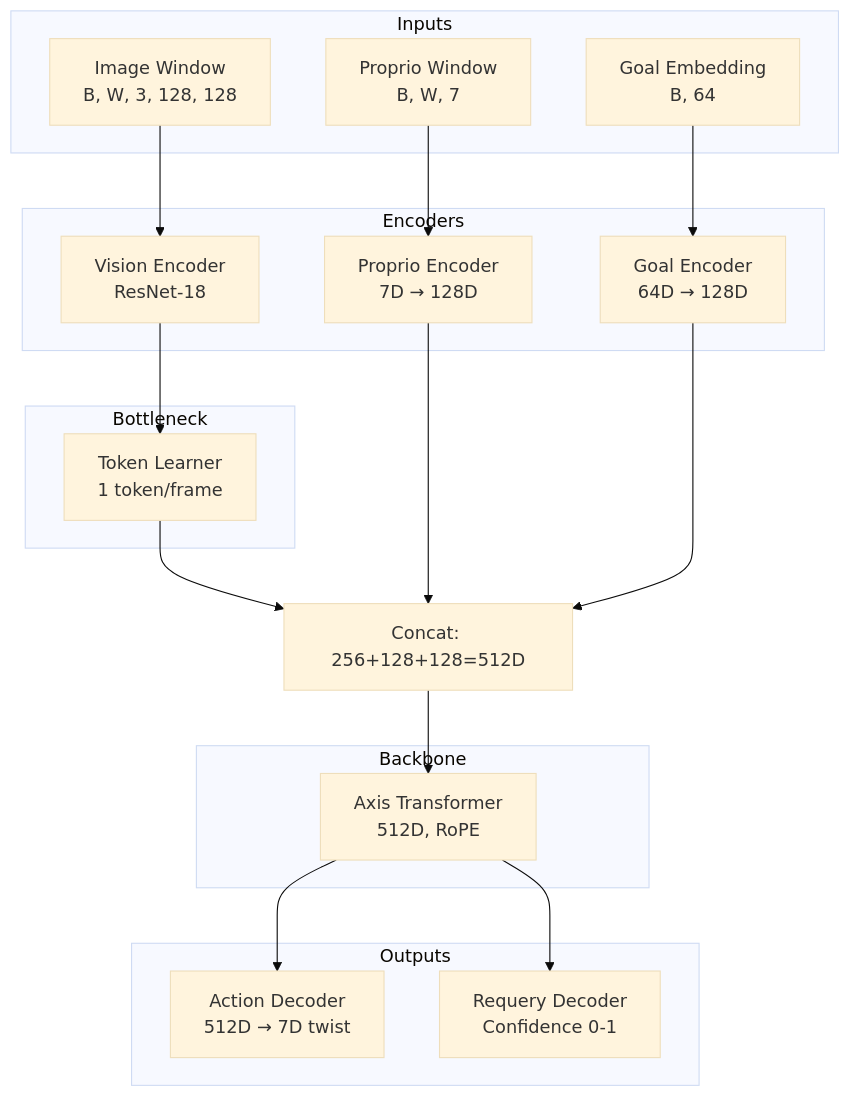
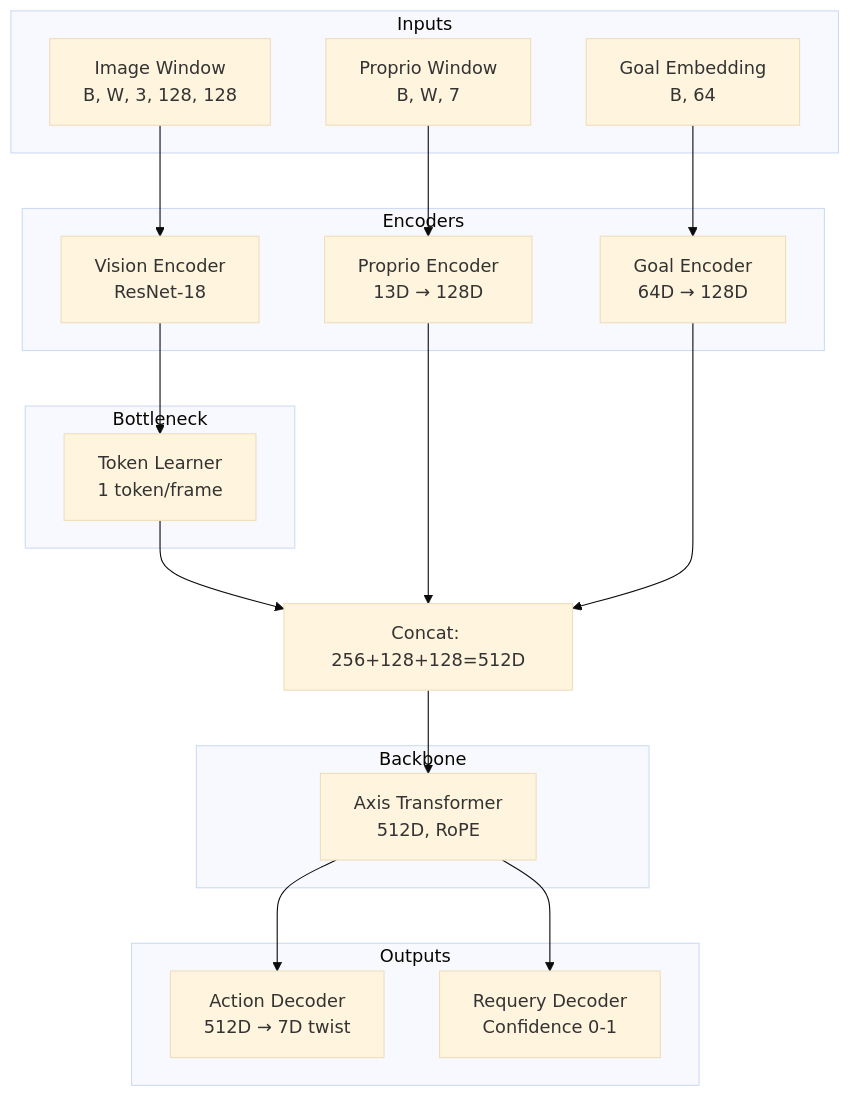
One commit to Thoooomas14/Axis changed the diagram in docs/model_design.md. Above: the diagram before and after it, drawn with Mermaid (base theme). The commit also changed other lines of this file and 12 other files, not shown here.

````diff
--- a/docs/model_design.md
+++ b/docs/model_design.md
@@ -15,39 +16,39 @@
 ```mermaid
 graph TD
     subgraph Inputs
         Img[Image Window<br/>B, W, 3, 128, 128]
         Prop[Proprio Window<br/>B, W, 7]
         Goal[Goal Embedding<br/>B, 64]
     end
 
     subgraph Encoders
         VE[Vision Encoder<br/>ResNet-18]
-        PE[Proprio Encoder<br/>7D → 128D]
+        PE[Proprio Encoder<br/>13D → 128D]
         GE[Goal Encoder<br/>64D → 128D]
     end
 
     subgraph Bottleneck
         TL[Token Learner<br/>1 token/frame]
     end
 
     subgraph Backbone
         T[Axis Transformer<br/>512D, RoPE]
     end
 
     subgraph Outputs
         AD[Action Decoder<br/>512D → 7D twist]
         RD[Requery Decoder<br/>Confidence 0-1]
     end
 
     Img --> VE --> TL
     Prop --> PE
     Goal --> GE
     
     TL --> Concat
     PE --> Concat
     GE --> Concat
     Concat[Concat: 256+128+128=512D] --> T
     
     T --> AD
     T --> RD
 ```
````
